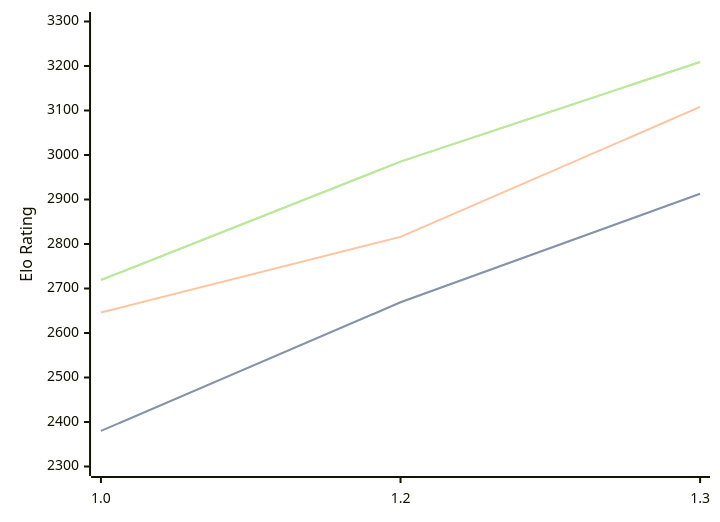
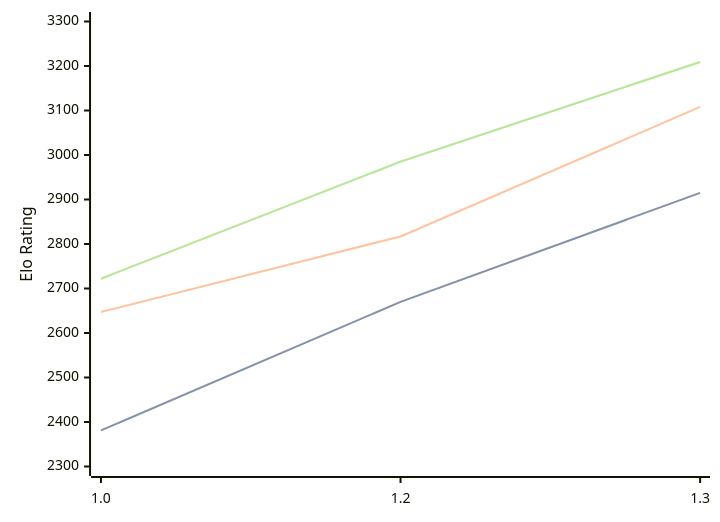
One commit to computer-chess-index/cci changed the diagram in engines/Chessnix.md. Above: the diagram before and after it, drawn with Mermaid. The commit also changed other lines of this file, not shown here.

Commit message:
Update CCI Ratings (ELO VLTC) - 2026-02-21

````diff
--- a/engines/Chessnix.md
+++ b/engines/Chessnix.md
@@ -31,11 +31,11 @@
 ```mermaid
 %%{init: {"theme":"base","themeVariables":{"seriesColors:['#a3a3a3','#222221','#faa371']}}}%%
 xychart-beta
   x-axis ["1.0", "1.2", "1.3"]
   y-axis "Elo Rating" 2300 --> 3300
-  line "STC (8.0+0.08s)" [2380, 2669, 2913]
-  line "STC (8.0+0.08s)" [2380, 2669, 2913]
-  line "LTC (60.0+0.60s)" [2646, 2816, 3108]
-  line "VLTC (2m24s+1.12s)" [2719, 2985, 3209]
-  line "VLTC (2m24s+1.12s)" [2719, 2985, 3209]
+  line "STC (8.0+0.08s)" [2381, 2670, 2915]
+  line "STC (8.0+0.08s)" [2381, 2670, 2915]
+  line "LTC (60.0+0.60s)" [2647, 2817, 3108]
+  line "VLTC (2m24s+1.12s)" [2722, 2985, 3209]
+  line "VLTC (2m24s+1.12s)" [2722, 2985, 3209]
 ```
````
